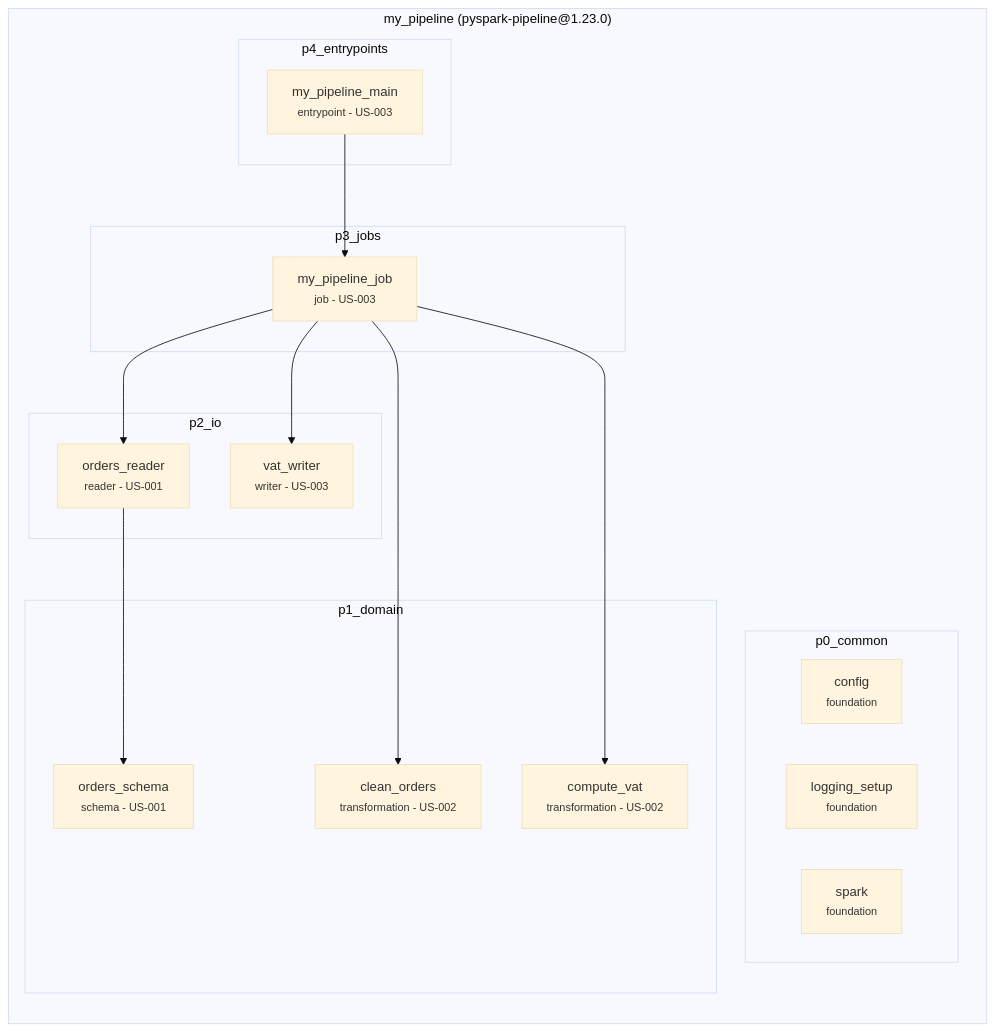
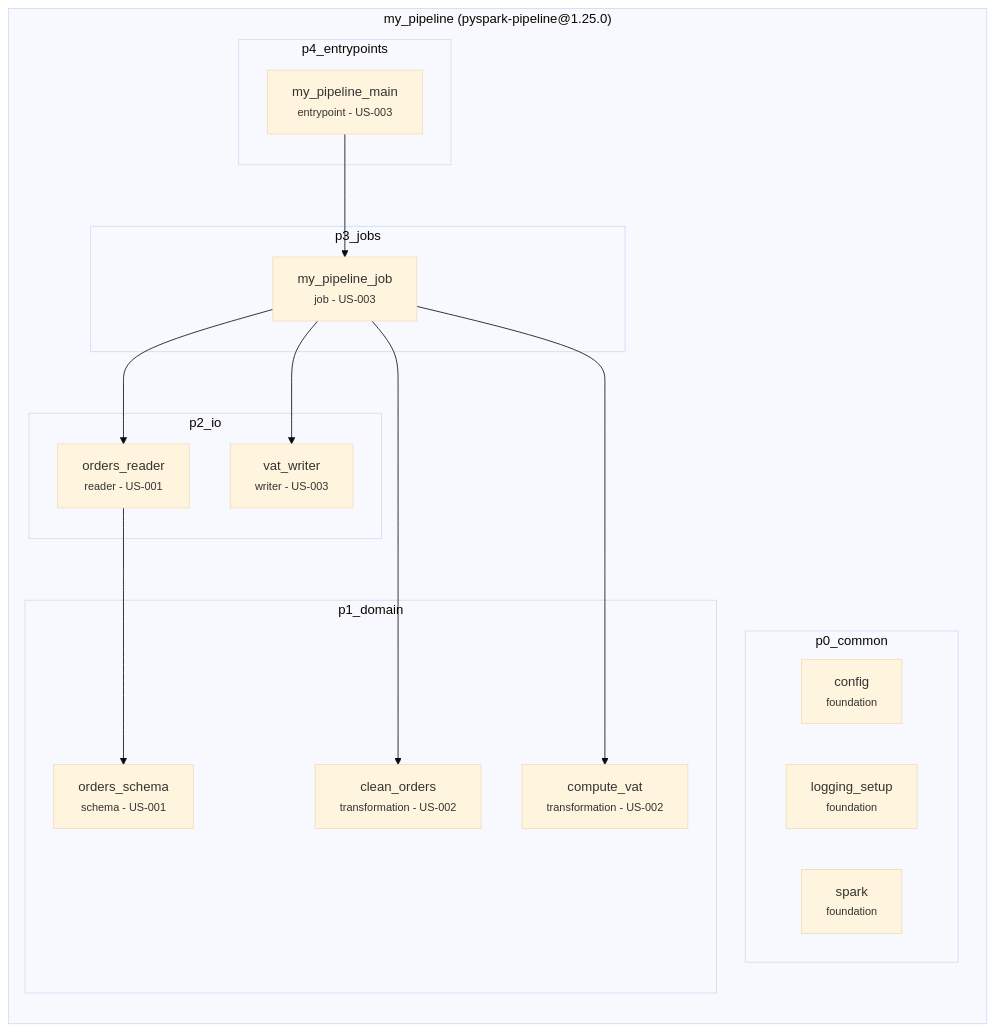
Before and after one commit to archvow/archvow-plugin: the diagram in contract/archvow/examples/pyspark-pipeline/.archvow/spec.md, drawn with Mermaid (base theme). The commit also changed 126 other files, not shown here.

````diff
--- a/contract/archvow/examples/pyspark-pipeline/.archvow/spec.md
+++ b/contract/archvow/examples/pyspark-pipeline/.archvow/spec.md
@@ -11,33 +11,33 @@
 ```mermaid
 flowchart TB
-  subgraph my_pipeline["my_pipeline (pyspark-pipeline@1.23.0)"]
+  subgraph my_pipeline["my_pipeline (pyspark-pipeline@1.25.0)"]
     direction TB
     subgraph my_pipeline__p0_common["p0_common"]
       my_pipeline__config["config<br/><small>foundation</small>"]
       my_pipeline__logging_setup["logging_setup<br/><small>foundation</small>"]
       my_pipeline__spark["spark<br/><small>foundation</small>"]
     end
     subgraph my_pipeline__p1_domain["p1_domain"]
       my_pipeline__clean_orders["clean_orders<br/><small>transformation - US-002</small>"]
       my_pipeline__compute_vat["compute_vat<br/><small>transformation - US-002</small>"]
       my_pipeline__orders_schema["orders_schema<br/><small>schema - US-001</small>"]
     end
     subgraph my_pipeline__p2_io["p2_io"]
       my_pipeline__orders_reader["orders_reader<br/><small>reader - US-001</small>"]
       my_pipeline__vat_writer["vat_writer<br/><small>writer - US-003</small>"]
     end
     subgraph my_pipeline__p3_jobs["p3_jobs"]
       my_pipeline__my_pipeline_job["my_pipeline_job<br/><small>job - US-003</small>"]
     end
     subgraph my_pipeline__p4_entrypoints["p4_entrypoints"]
       my_pipeline__my_pipeline_main["my_pipeline_main<br/><small>entrypoint - US-003</small>"]
     end
   end
   my_pipeline__orders_reader --> my_pipeline__orders_schema
   my_pipeline__my_pipeline_job --> my_pipeline__orders_reader
   my_pipeline__my_pipeline_job --> my_pipeline__clean_orders
   my_pipeline__my_pipeline_job --> my_pipeline__compute_vat
   my_pipeline__my_pipeline_job --> my_pipeline__vat_writer
   my_pipeline__my_pipeline_main --> my_pipeline__my_pipeline_job
   classDef empty fill:none,stroke:none
 ```
````
